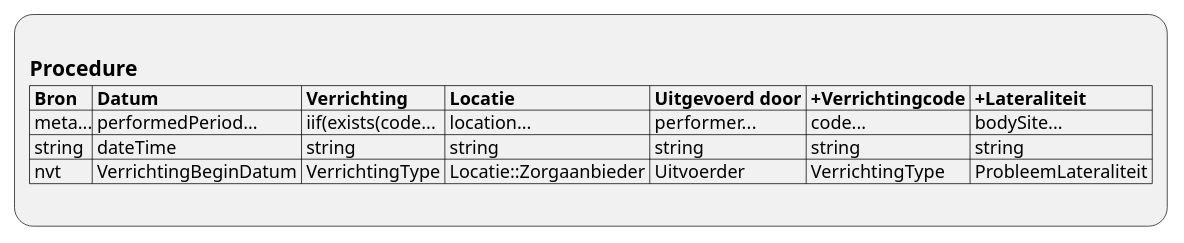
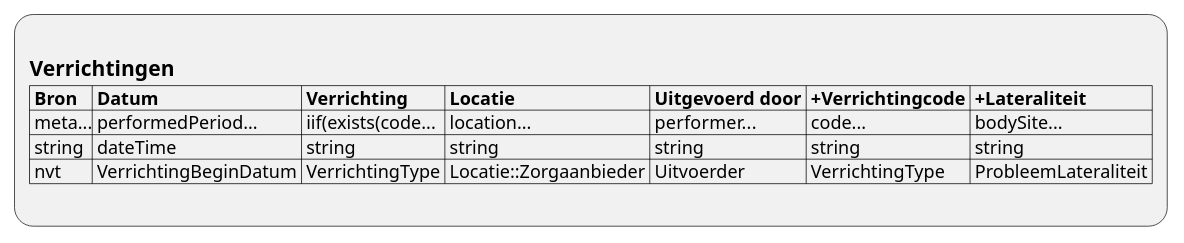
The diagram in input/images-source/ViewDefinition-Procedure.plantuml (RIVO-Noord/zorgviewer-ig), drawn with PlantUML before and after one commit. The commit also changed 18 other files, not shown here.

```diff
--- a/input/images-source/ViewDefinition-Procedure.plantuml
+++ b/input/images-source/ViewDefinition-Procedure.plantuml
@@ -1,9 +1,9 @@
 @startuml ViewDefinition-Procedure
 :
-== Procedure
+== Verrichtingen
 |= Bron |= Datum |= Verrichting |= Locatie |= Uitgevoerd door |= +Verrichtingcode |= +Lateraliteit |
 | meta...| performedPeriod...| iif(exists(code...| location...| performer...| code...| bodySite...|
 | string | dateTime | string | string | string | string | string |
 | nvt | VerrichtingBeginDatum | VerrichtingType | Locatie::Zorgaanbieder | Uitvoerder | VerrichtingType | ProbleemLateraliteit |
 ;
 @enduml
```
